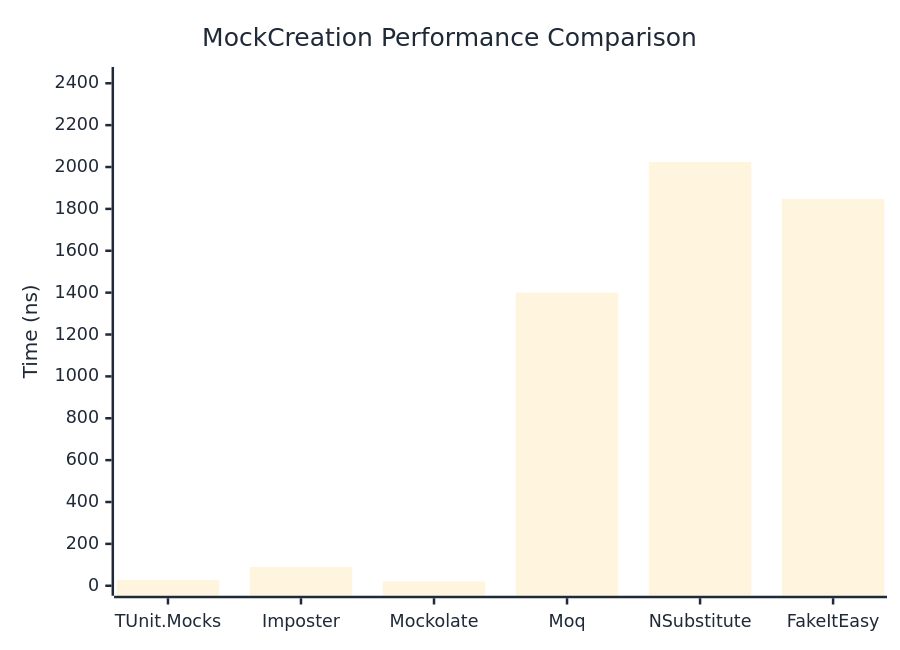
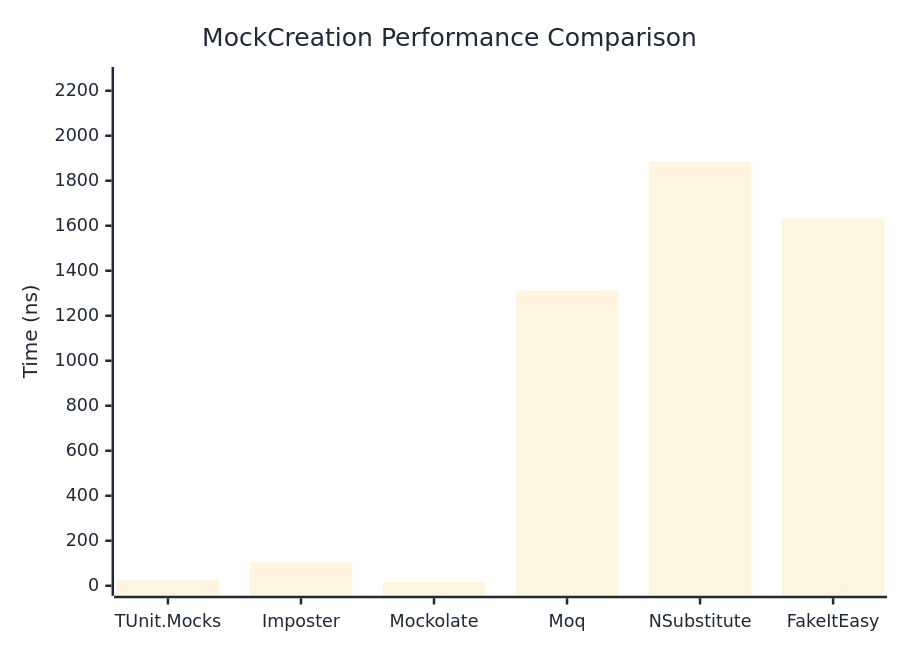
One commit to thomhurst/TUnit changed the first of 2 diagrams in docs/docs/benchmarks/mocks/MockCreation.md. Above: the diagram before and after it, drawn with Mermaid. The commit also changed other lines of this file and 14 other files, not shown here.

````diff
--- a/docs/docs/benchmarks/mocks/MockCreation.md
+++ b/docs/docs/benchmarks/mocks/MockCreation.md
@@ -30,27 +30,27 @@
 ```mermaid
 %%{init: {
   'theme':'base',
   'themeVariables': {
     'primaryColor': '#2563eb',
     'primaryTextColor': '#1f2937',
     'primaryBorderColor': '#1e40af',
     'lineColor': '#6b7280',
     'secondaryColor': '#7c3aed',
     'tertiaryColor': '#dc2626',
     'background': '#ffffff',
     'pie1': '#2563eb',
     'pie2': '#7c3aed',
     'pie3': '#dc2626',
     'pie4': '#f59e0b',
     'pie5': '#10b981',
     'pie6': '#06b6d4',
     'pie7': '#ec4899',
     'pie8': '#6366f1'
   }
 }}%%
 xychart-beta
   title "MockCreation Performance Comparison"
   x-axis ["TUnit.Mocks", "Imposter", "Mockolate", "Moq", "NSubstitute", "FakeItEasy"]
-  y-axis "Time (ns)" 0 --> 2430
-  bar [27.21, 89.82, 20.14, 1400.23, 2024.18, 1847]
+  y-axis "Time (ns)" 0 --> 2261
+  bar [27.43, 104.7, 16.92, 1310.85, 1883.81, 1631.44]
 ```
````
